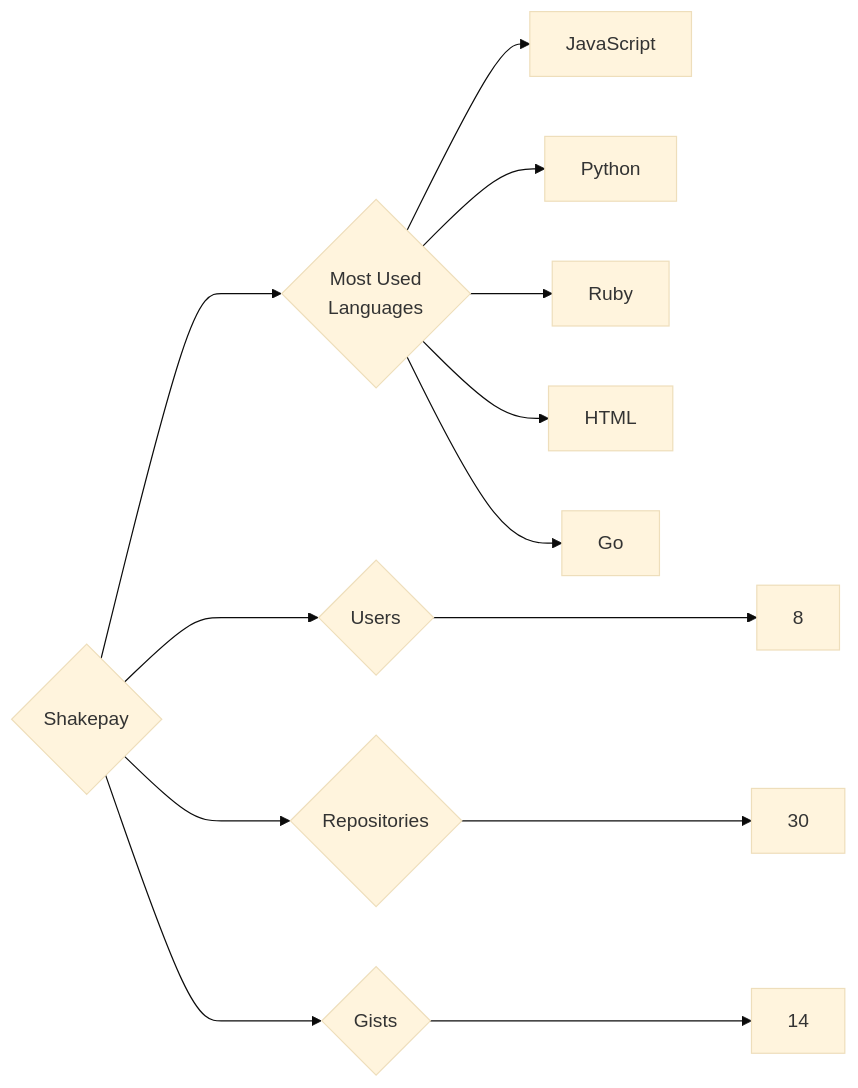
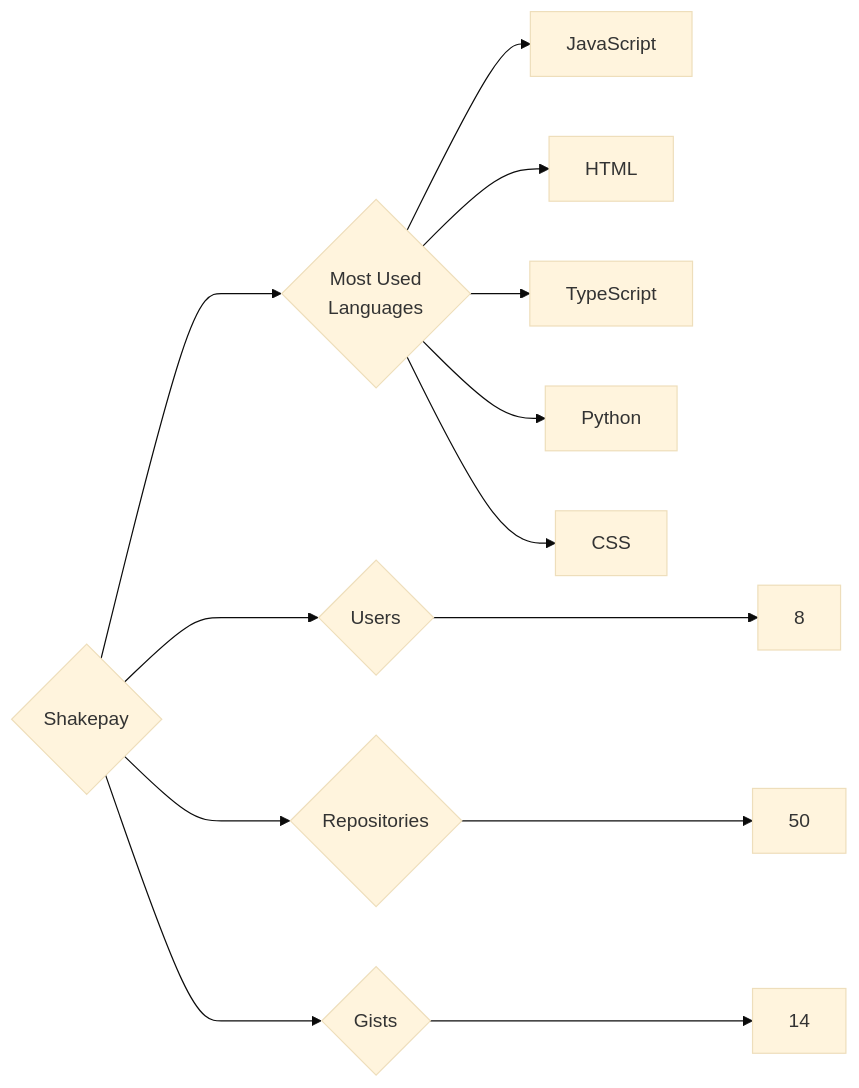
One commit to trickest/insiders changed the diagram in targets/Shakepay/README.md. Above: the diagram before and after it, drawn with Mermaid (base theme). The commit also changed 823 other files, not shown here.

````diff
--- a/targets/Shakepay/README.md
+++ b/targets/Shakepay/README.md
@@ -3,13 +3,13 @@
 ```mermaid
 graph LR
 COMPANY_NAME{Shakepay}
 COMPANY_NAME ---> U{Users} ---> UN[8]
-COMPANY_NAME ---> R{Repositories} ---> RN[30]
+COMPANY_NAME ---> R{Repositories} ---> RN[50]
 COMPANY_NAME ---> G{Gists} ---> GN[14]
 COMPANY_NAME ---> ML{Most Used<br>Languages}
 ML --> JavaScript[JavaScript]
+ML --> HTML[HTML]
+ML --> TypeScript[TypeScript]
 ML --> Python[Python]
-ML --> Ruby[Ruby]
-ML --> HTML[HTML]
-ML --> Go[Go]
+ML --> CSS[CSS]
 ```
````
